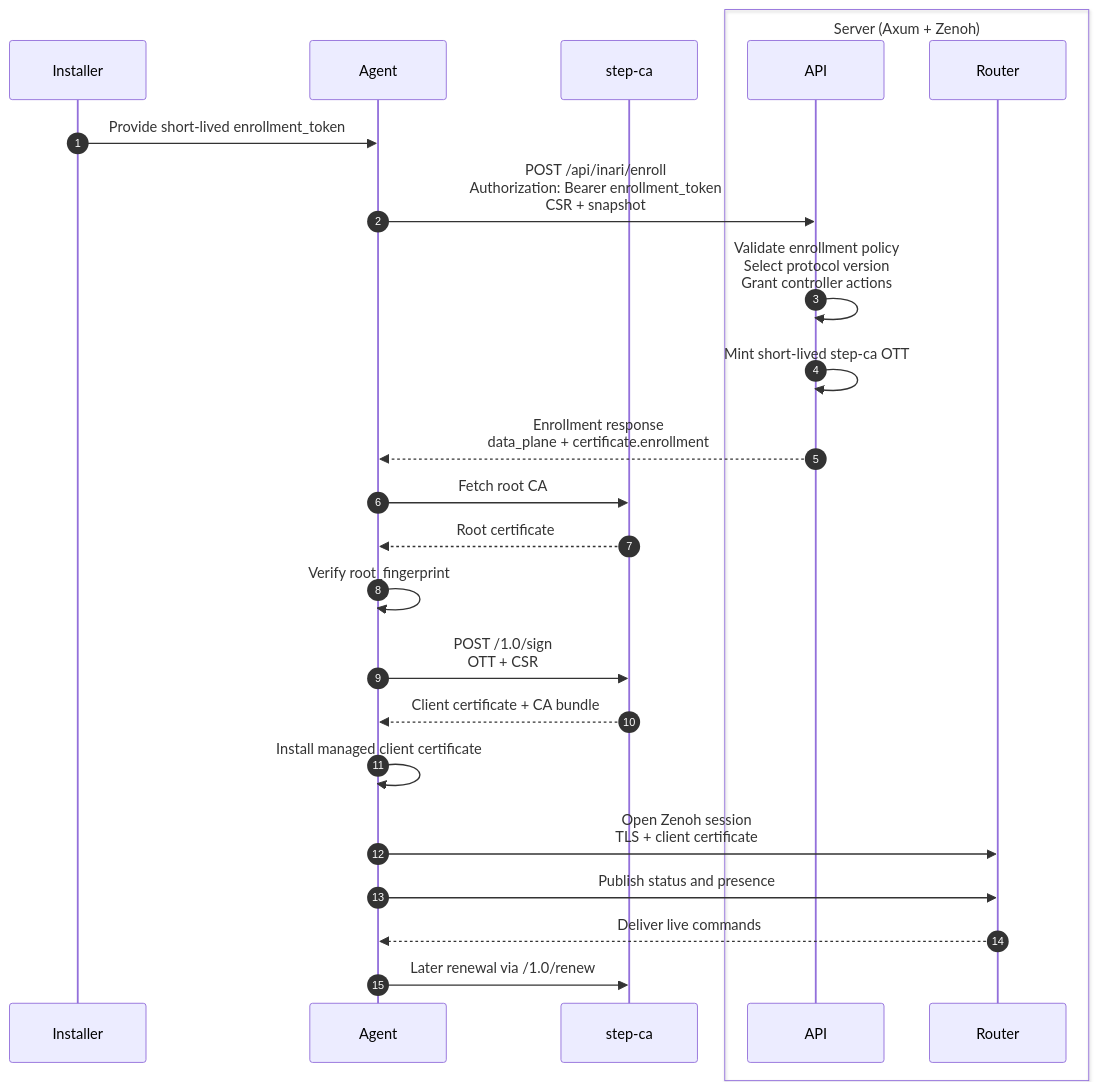
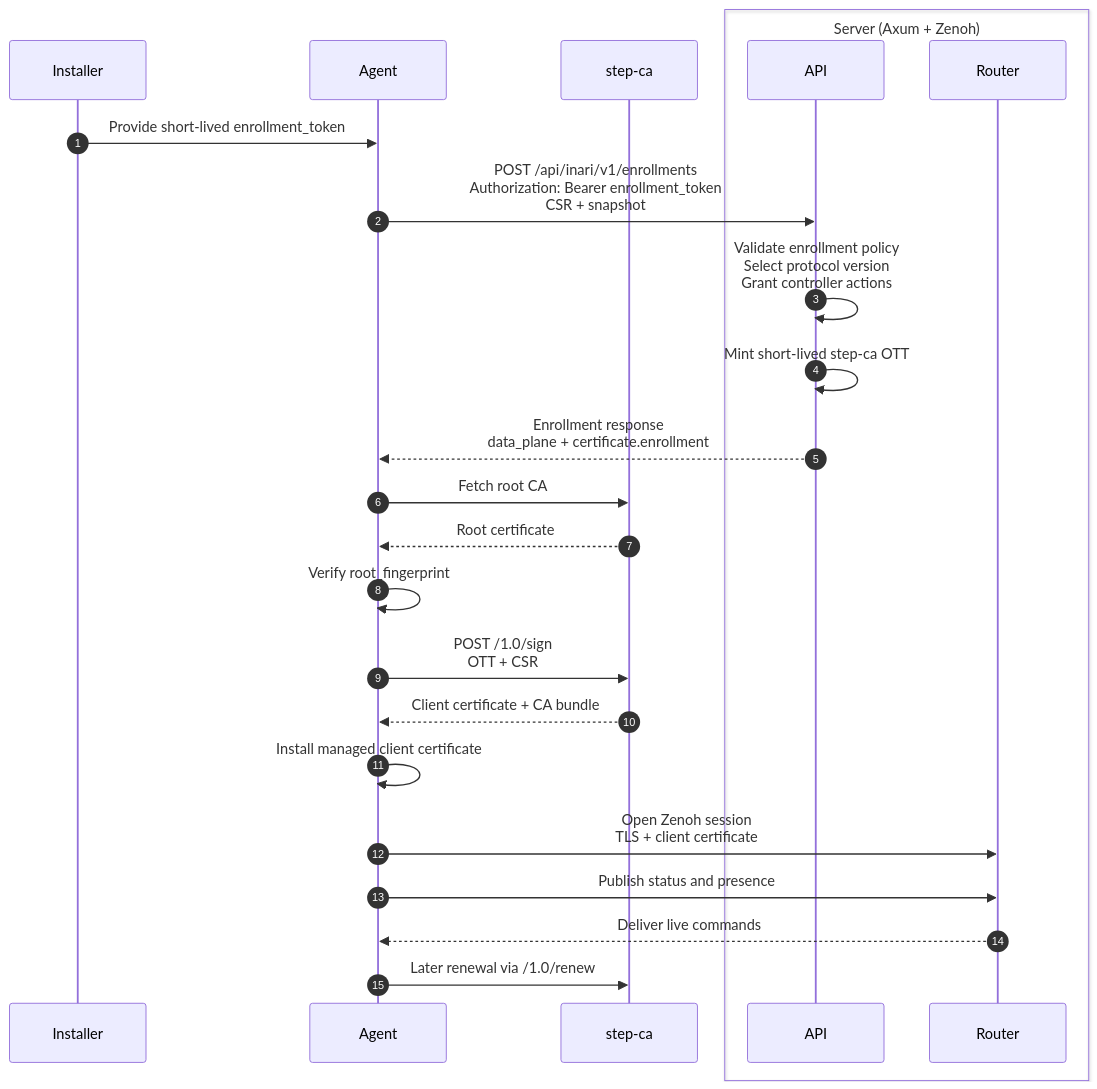
Before and after one commit to hadronomy/inari: the diagram in docs/gateway_protocol.md, drawn with Mermaid. The commit also changed other lines of this file and 104 other files, not shown here.

First line of the commit message:
feat: renew managed gateway architecture

````diff
--- a/docs/gateway_protocol.md
+++ b/docs/gateway_protocol.md
@@ -259,30 +283,30 @@
 ```mermaid
 sequenceDiagram
     autonumber
     participant Installer
     participant Agent
     participant StepCA as step-ca
     box Server (Axum + Zenoh)
         participant Controller as API
         participant Router as Router
     end
 
     Installer->>Agent: Provide short-lived enrollment_token
-    Agent->>Controller: POST /api/inari/enroll<br/>Authorization: Bearer enrollment_token<br/>CSR + snapshot
+    Agent->>Controller: POST /api/inari/v1/enrollments<br/>Authorization: Bearer enrollment_token<br/>CSR + snapshot
     Controller->>Controller: Validate enrollment policy<br/>Select protocol version<br/>Grant controller actions
     Controller->>Controller: Mint short-lived step-ca OTT
     Controller-->>Agent: Enrollment response<br/>data_plane + certificate.enrollment
 
     Agent->>StepCA: Fetch root CA
     StepCA-->>Agent: Root certificate
     Agent->>Agent: Verify root_fingerprint
 
     Agent->>StepCA: POST /1.0/sign<br/>OTT + CSR
     StepCA-->>Agent: Client certificate + CA bundle
     Agent->>Agent: Install managed client certificate
 
     Agent->>Router: Open Zenoh session<br/>TLS + client certificate
     Agent->>Router: Publish status and presence
     Router-->>Agent: Deliver live commands
     Agent->>StepCA: Later renewal via /1.0/renew
 ```
````
